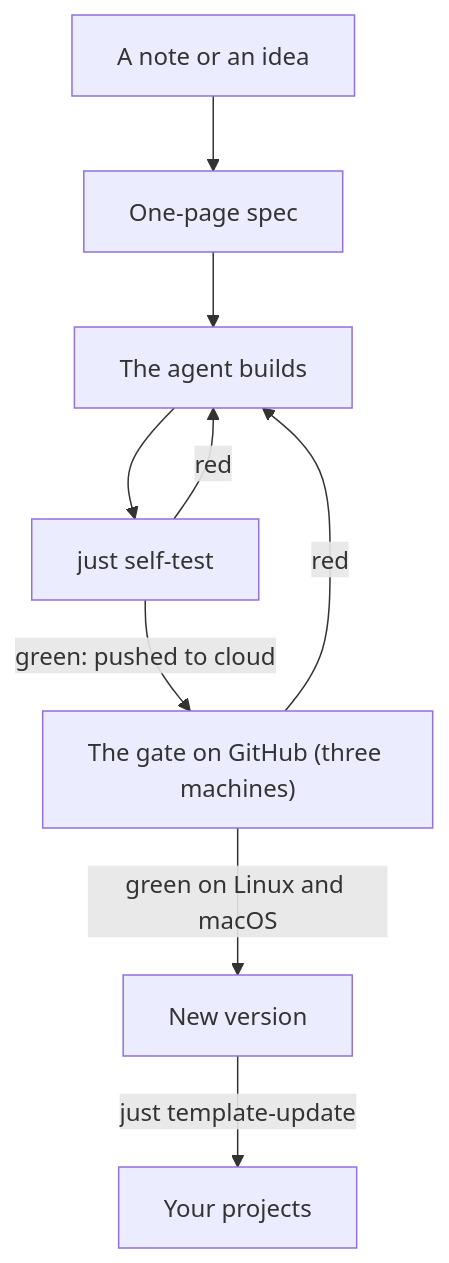
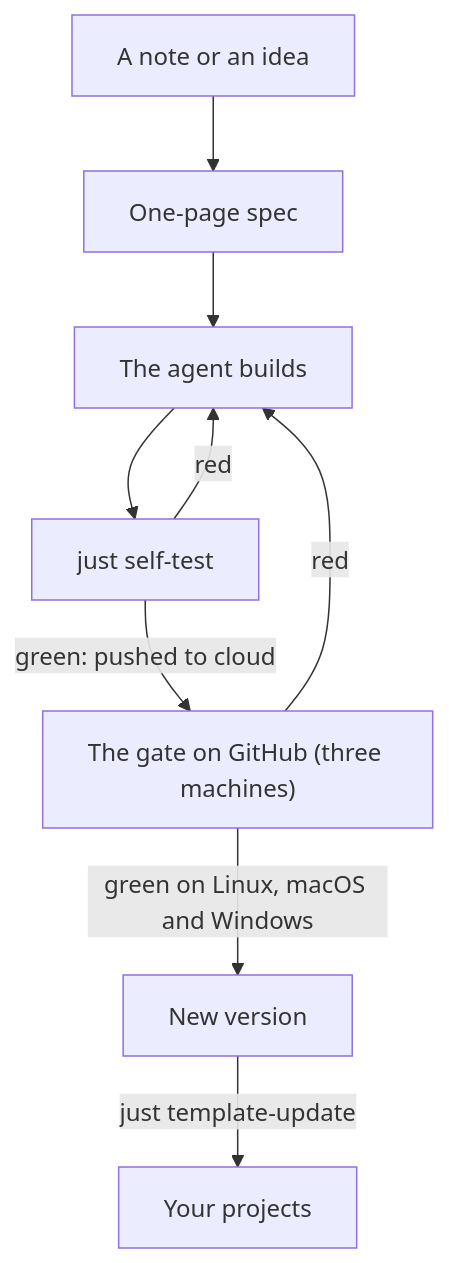
The diagram in README.md (yerlytech/ai-backbone), drawn with Mermaid before and after one commit. The commit also changed other lines of this file and 25 other files, not shown here.

Commit message:
feat: backbone notes batch 2: Linux sweep without launchd, unattended carry when three OSs are green with the gate identity from Actions variables, Mac/cloud/main sync, delegate fixes (MCP for one run, cargo fetch, hooks restored, timeout in minutes, opencode --standalone)

````diff
--- a/README.md
+++ b/README.md
@@ -65,19 +64,19 @@
 ```mermaid
 flowchart TD
     idea["A note or an idea"]
     spec["One-page spec"]
     build["The agent builds"]
     test["just self-test"]
     gate["The gate on GitHub (three machines)"]
     ver["New version"]
     projs["Your projects"]
 
     idea --> spec
     spec --> build
     build --> test
     test -->|"red"| build
     test -->|"green: pushed to cloud"| gate
     gate -->|"red"| build
-    gate -->|"green on Linux and macOS"| ver
+    gate -->|"green on Linux, macOS and Windows"| ver
     ver -->|"just template-update"| projs
 ```
````
